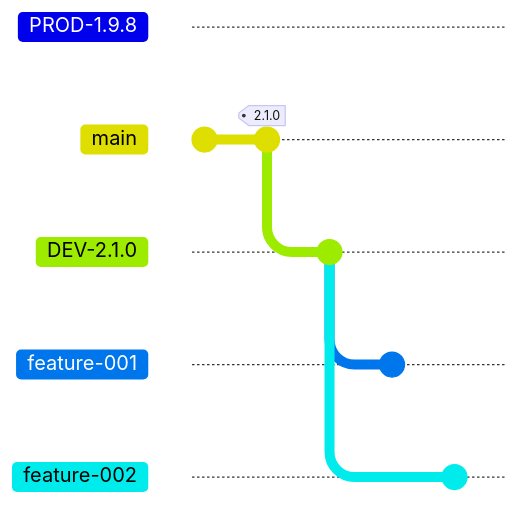
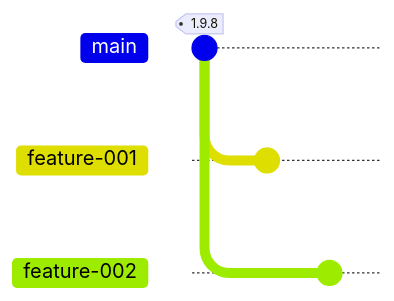
Before and after one commit to ijmitch/zdevops-git: diagram 14 of 20 in ukge-2025-navigating-route-to-live-presentation.qmd, drawn with Mermaid. The commit also changed other lines of this file, not shown here. Commit ids are hidden.

````diff
--- a/ukge-2025-navigating-route-to-live-presentation.qmd
+++ b/ukge-2025-navigating-route-to-live-presentation.qmd
@@ -621,21 +631,20 @@
 ```{mermaid}
 ---
 config:
   fontFamily: "IBM Plex Sans"
   gitGraph:
     showCommitLabel: false
     mainBranchOrder: 5
 ---
 gitGraph
-  branch PROD-1.9.8
   checkout main
-  commit
-  commit tag: "2.1.0"
-  branch DEV-2.1.0  order: 10
-  commit
+  commit tag: "1.9.8"
+  %% branch release/1.9.8
+  %% commit
+  checkout main 
   branch feature-001 order: 15
   commit
-  checkout DEV-2.1.0
+  checkout main
   branch feature-002 order: 15
   commit
 ```
````
